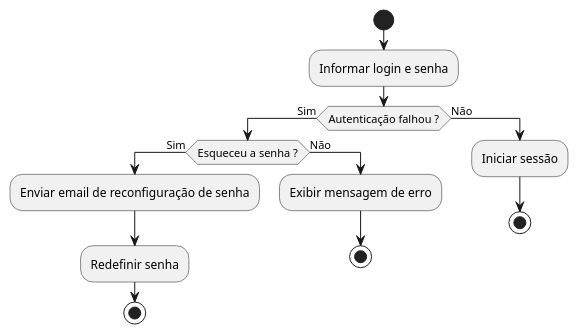
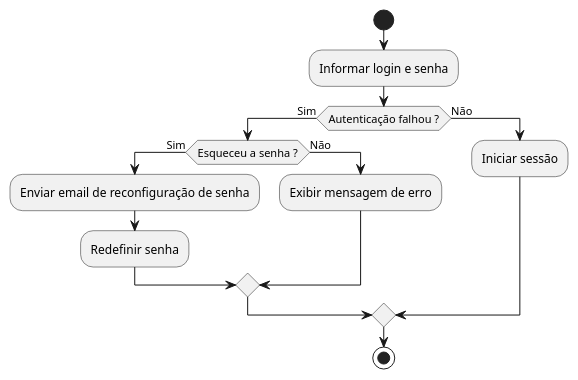
The diagram in activity/realizar-login-como-lojista.wsd (victoralvess/ineed-uml-diagrams), drawn with PlantUML before and after one commit. The commit also changed 34 other files, not shown here.

```diff
--- a/activity/realizar-login-como-lojista.wsd
+++ b/activity/realizar-login-como-lojista.wsd
@@ -1,16 +1,15 @@
 @startuml
 start
 :Informar login e senha;
 if (Autenticação falhou ?) then (Sim)
     if (Esqueceu a senha ?) then (Sim)
         :Enviar email de reconfiguração de senha;
         :Redefinir senha;
-        stop
     else (Não)
-    :Exibir mensagem de erro;
-        stop
+        :Exibir mensagem de erro;
     endif
 else (Não)
-:Iniciar sessão;
+    :Iniciar sessão;
+endif
 stop
 @enduml
```
